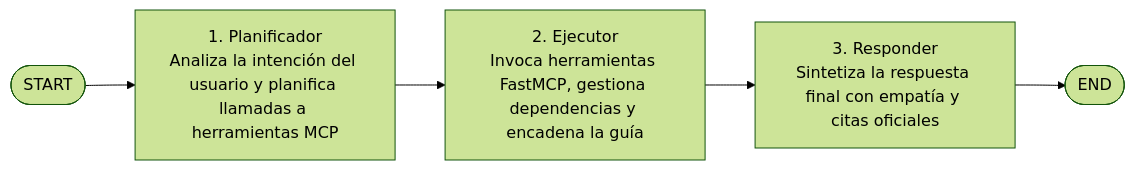
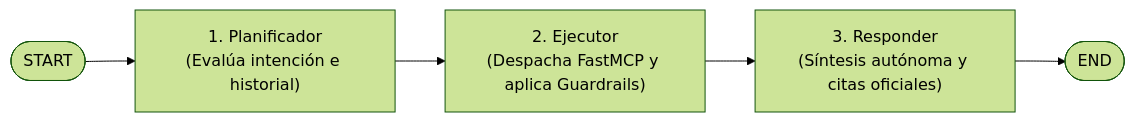
One commit to Pipicano25/Taller-EcoMarket-Agente changed the fifth of 5 diagrams in caso_de_estudio_taller_final.md. Above: the diagram before and after it, drawn with Mermaid (forest theme). The commit also changed other lines of this file and 1 other file, not shown here.

````diff
--- a/caso_de_estudio_taller_final.md
+++ b/caso_de_estudio_taller_final.md
@@ -394,7 +360,7 @@
 ```mermaid
 flowchart LR
-    START([START]) --> Planificador[1. Planificador<br/>Analiza la intención del usuario y planifica llamadas a herramientas MCP]
-    Planificador --> Ejecutor[2. Ejecutor<br/>Invoca herramientas FastMCP, gestiona dependencias y encadena la guía]
-    Ejecutor --> Responder[3. Responder<br/>Sintetiza la respuesta final con empatía y citas oficiales]
+    START([START]) --> Planificador["1. Planificador<br/>(Evalúa intención e historial)"]
+    Planificador --> Ejecutor["2. Ejecutor<br/>(Despacha FastMCP y aplica Guardrails)"]
+    Ejecutor --> Responder["3. Responder<br/>(Síntesis autónoma y citas oficiales)"]
     Responder --> END([END])
 ```
````
